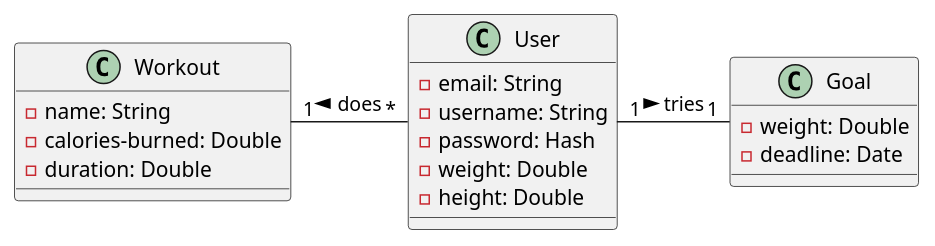
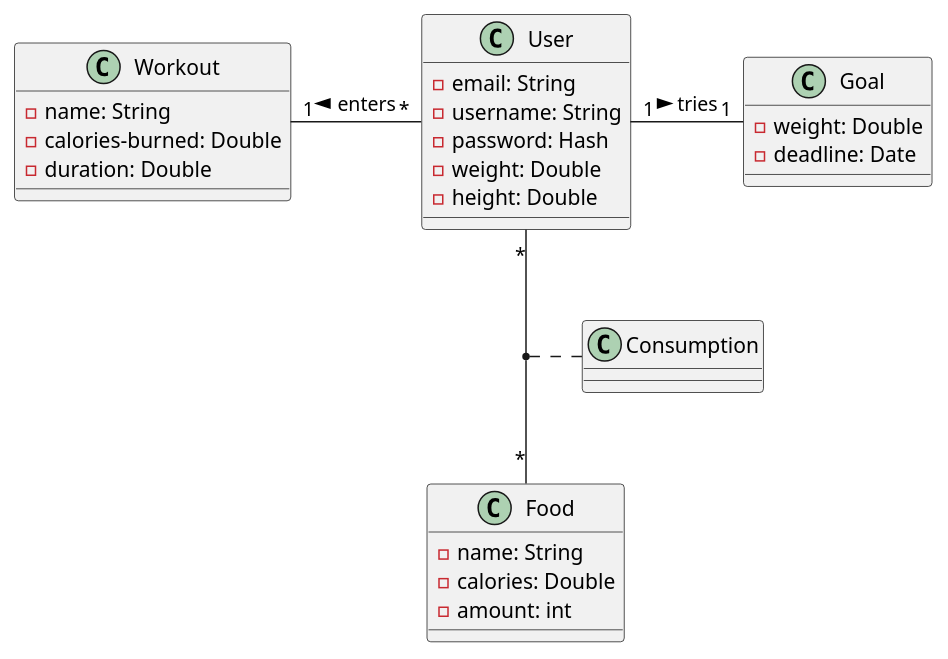
Before and after one commit to 2223-3bhif-syp/02-projekte-CalorieCounter: the diagram in asciidocs/plantuml/Klassendiagramm.puml, drawn with PlantUML. The commit also changed 3 other files, not shown here.

```diff
--- a/asciidocs/plantuml/Klassendiagramm.puml
+++ b/asciidocs/plantuml/Klassendiagramm.puml
@@ -1,27 +1,35 @@
 @startuml
 
 top to bottom direction
 
 class User {
     - email: String
     - username: String
     - password: Hash
     - weight: Double
     - height: Double
 }
 
 class Goal {
     - weight: Double
     - deadline: Date
 }
 
 class Workout {
     - name: String
     - calories-burned: Double
     - duration: Double
 }
 
+class Food {
+    - name: String
+    - calories: Double
+    - amount: int
+}
+
 User "1" - "1" Goal : > tries
-Workout "1" - "*" User : < does
+Workout "1" - "*" User : < enters
+User "*" -- "*" Food
+(User, Food) .. Consumption
 
 @enduml
```
